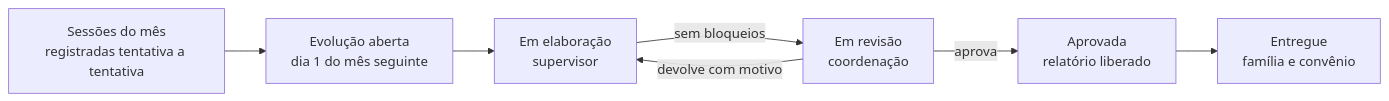
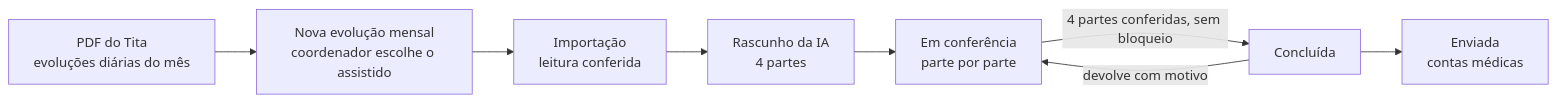
One commit to MarketingIDA/ida-aba changed the diagram in docs/escopo/01-dominio.md. Above: the diagram before and after it, drawn with Mermaid. The commit also changed other lines of this file and 6 other files, not shown here.

First line of the commit message:
feat: protótipo da evolução mensal a partir do PDF do Tita com rascunho da IA

````diff
--- a/docs/escopo/01-dominio.md
+++ b/docs/escopo/01-dominio.md
@@ -38,9 +45,10 @@
 ```mermaid
 flowchart LR
-  S[Sessões do mês<br/>registradas tentativa a tentativa] --> A[Evolução aberta<br/>dia 1 do mês seguinte]
-  A --> E[Em elaboração<br/>supervisor]
-  E -- sem bloqueios --> R[Em revisão<br/>coordenação]
-  R -- devolve com motivo --> E
-  R -- aprova --> AP[Aprovada<br/>relatório liberado]
-  AP --> EN[Entregue<br/>família e convênio]
+  T[PDF do Tita<br/>evoluções diárias do mês] --> N[Nova evolução mensal<br/>coordenador escolhe o assistido]
+  N --> I[Importação<br/>leitura conferida]
+  I --> R[Rascunho da IA<br/>4 partes]
+  R --> C[Em conferência<br/>parte por parte]
+  C -- 4 partes conferidas, sem bloqueio --> K[Concluída]
+  K -- devolve com motivo --> C
+  K --> E[Enviada<br/>contas médicas]
 ```
````
